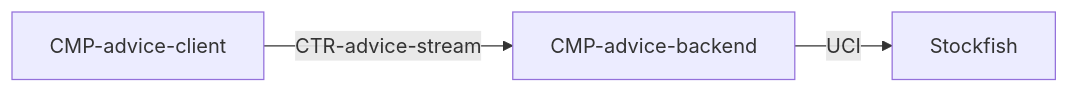
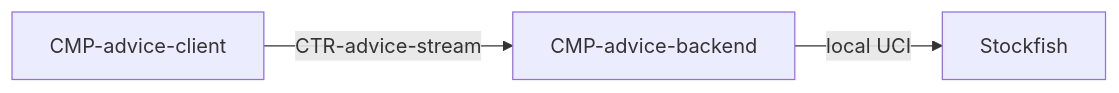
The diagram in specs/technical/components/advice-backend.md (waigore/simplechessv2), drawn with Mermaid before and after one commit. The commit also changed other lines of this file and 8 other files, not shown here.

````diff
--- a/specs/technical/components/advice-backend.md
+++ b/specs/technical/components/advice-backend.md
@@ -37,8 +37,8 @@
 ```mermaid
 flowchart LR
   A[CMP-advice-client]
   B[CMP-advice-backend]
   SF[Stockfish]
   A -->|CTR-advice-stream| B
-  B -->|UCI| SF
+  B -->|local UCI| SF
 ```
````
